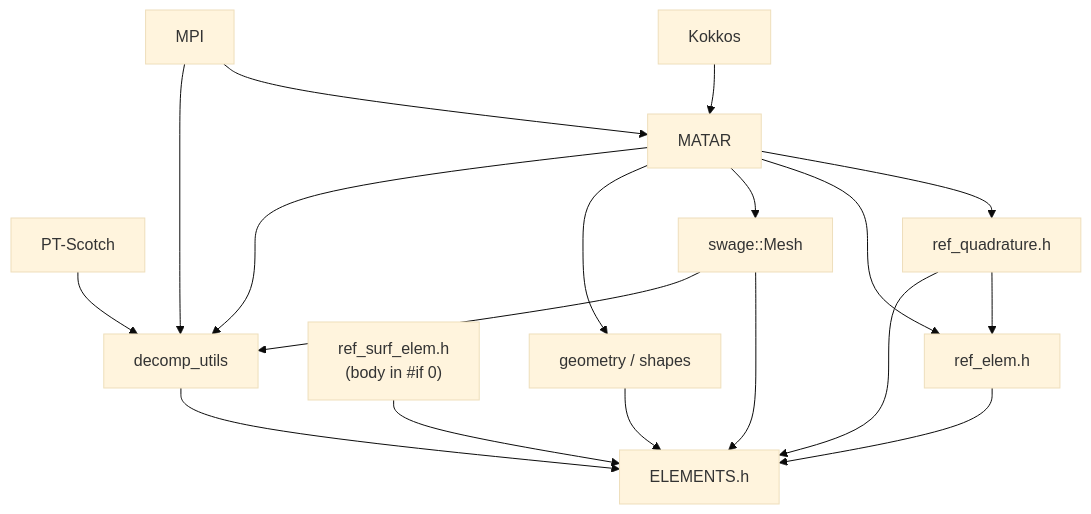
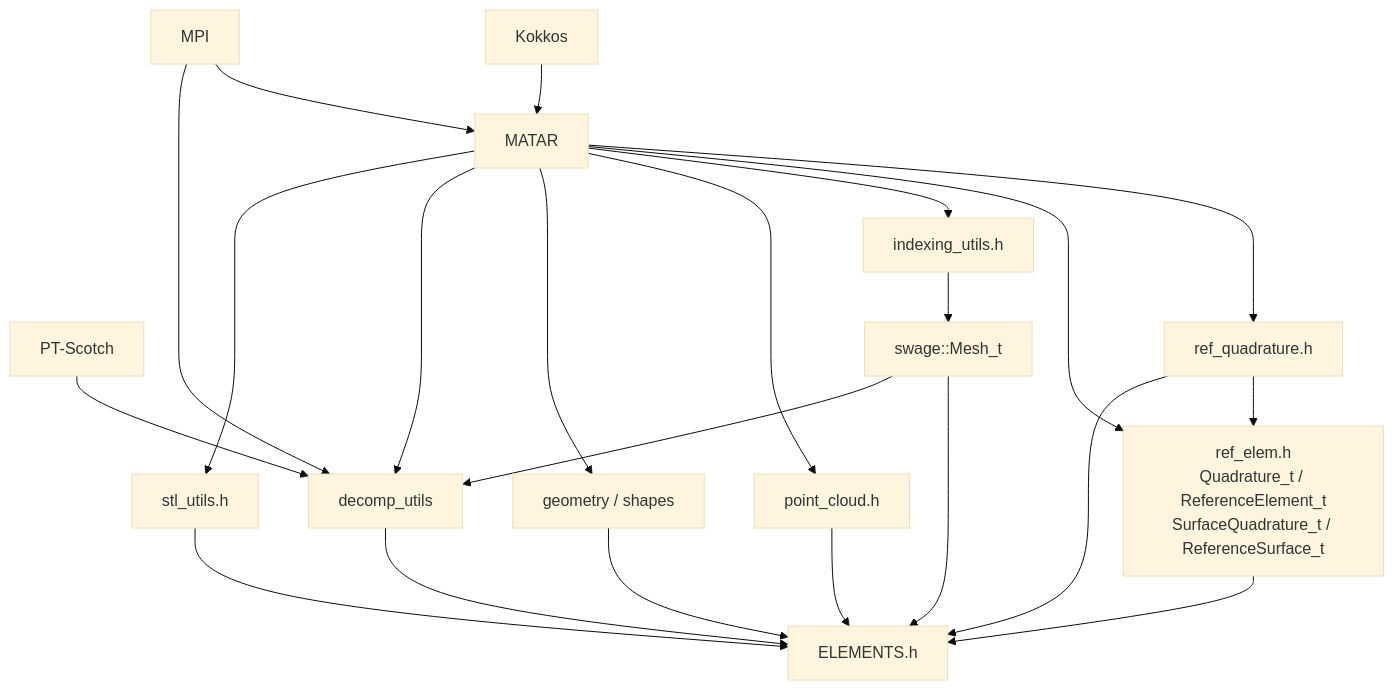
The first of 4 diagrams in ELEMENTS_LLM_CONTEXT.md (lanl/ELEMENTS), drawn with Mermaid (base theme) before and after one commit. The commit also changed other lines of this file, not shown here.

````diff
--- a/ELEMENTS_LLM_CONTEXT.md
+++ b/ELEMENTS_LLM_CONTEXT.md
@@ -46,34 +48,40 @@
 ```mermaid
 flowchart TD
     Kokkos[Kokkos]
     MATAR[MATAR]
     MPI[MPI]
     Scotch[PT-Scotch]
 
     Quadrature[ref_quadrature.h]
-    RefElem[ref_elem.h]
-    RefSurf["ref_surf_elem.h<br/>(body in #if 0)"]
-    Swage[swage::Mesh]
+    RefElem["ref_elem.h<br/>Quadrature_t / ReferenceElement_t<br/>SurfaceQuadrature_t / ReferenceSurface_t"]
+    IndexingUtils[indexing_utils.h]
+    Swage[swage::Mesh_t]
+    PointCloud[point_cloud.h]
     Geometry[geometry / shapes]
     Decomp[decomp_utils]
+    StlUtils[stl_utils.h]
     ELEMENTS[ELEMENTS.h]
 
     Kokkos --> MATAR
     MATAR --> Quadrature
     MATAR --> RefElem
-    MATAR --> Swage
+    MATAR --> IndexingUtils
+    IndexingUtils --> Swage
+    MATAR --> PointCloud
     MATAR --> Geometry
     MATAR --> Decomp
+    MATAR --> StlUtils
     MPI --> MATAR
     MPI --> Decomp
     Scotch --> Decomp
     Quadrature --> RefElem
 
     RefElem --> ELEMENTS
-    RefSurf --> ELEMENTS
     Quadrature --> ELEMENTS
     Swage --> ELEMENTS
+    PointCloud --> ELEMENTS
     Geometry --> ELEMENTS
     Decomp --> ELEMENTS
+    StlUtils --> ELEMENTS
     Swage --> Decomp
 ```
````
